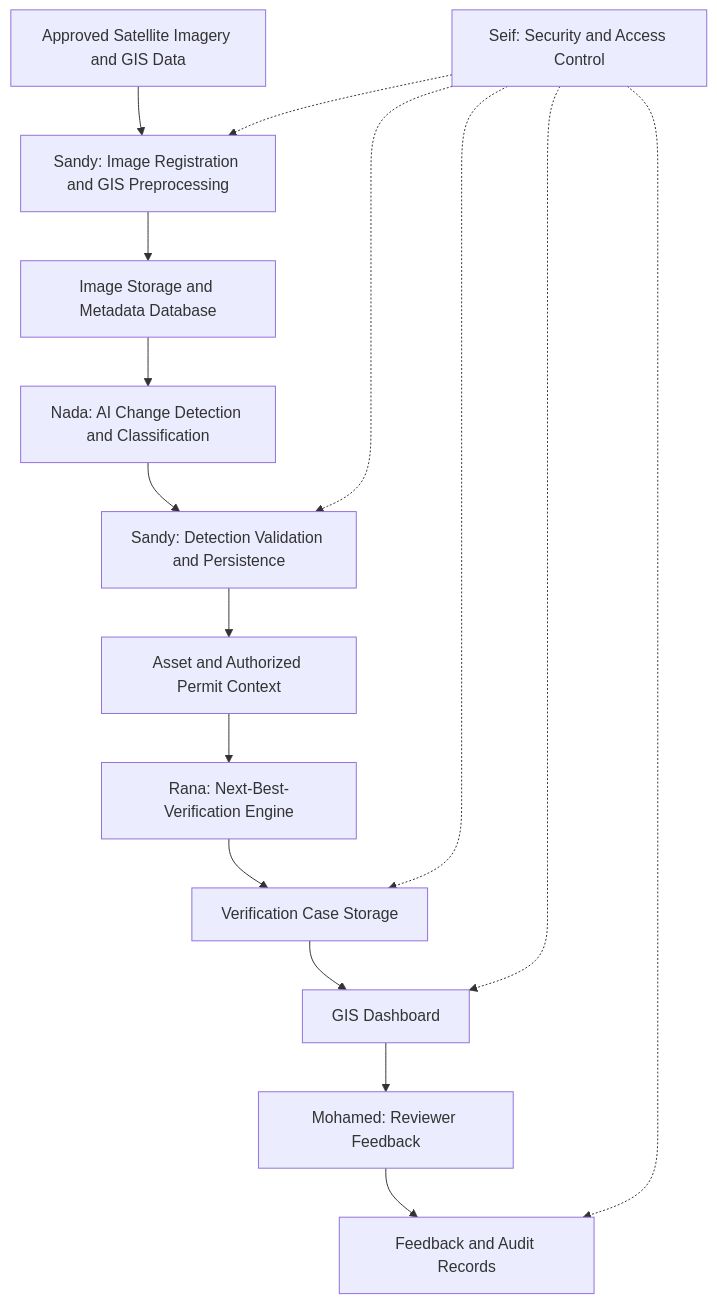
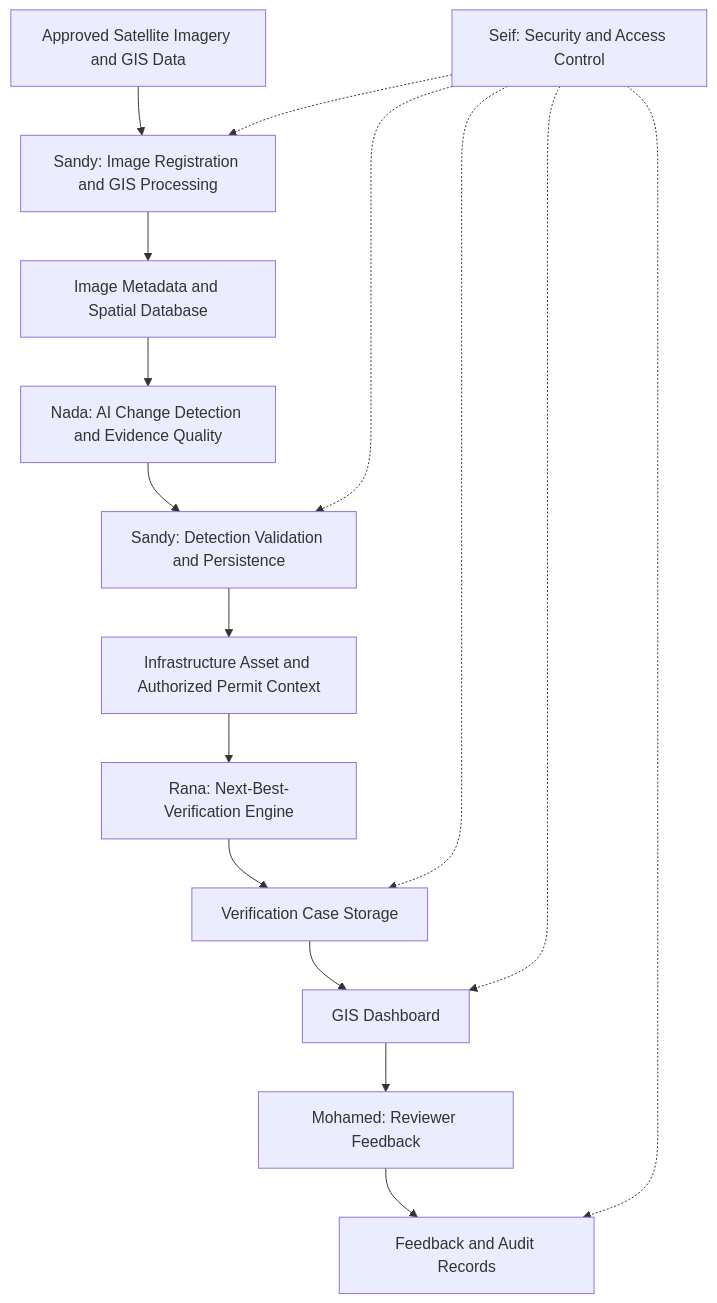
One commit to Sandy2797/Space-Based-Infrastructure-Intelligence-Platform changed the diagram in docs/architecture/data_flow.md. Above: the diagram before and after it, drawn with Mermaid. The commit also changed other lines of this file and 5 other files, not shown here.

````diff
--- a/docs/architecture/data_flow.md
+++ b/docs/architecture/data_flow.md
@@ -15,32 +8,32 @@
 ```mermaid
 flowchart TD
     A["Approved Satellite Imagery and GIS Data"]
-    B["Sandy: Image Registration and GIS Preprocessing"]
-    C["Image Storage and Metadata Database"]
-    D["Nada: AI Change Detection and Classification"]
+    B["Sandy: Image Registration and GIS Processing"]
+    C["Image Metadata and Spatial Database"]
+    D["Nada: AI Change Detection and Evidence Quality"]
     E["Sandy: Detection Validation and Persistence"]
-    F["Asset and Authorized Permit Context"]
+    F["Infrastructure Asset and Authorized Permit Context"]
     G["Rana: Next-Best-Verification Engine"]
     H["Verification Case Storage"]
     I["GIS Dashboard"]
     J["Mohamed: Reviewer Feedback"]
     K["Feedback and Audit Records"]
     L["Seif: Security and Access Control"]
 
     A --> B
     B --> C
     C --> D
     D --> E
     E --> F
     F --> G
     G --> H
     H --> I
     I --> J
     J --> K
 
     L -.-> B
     L -.-> E
     L -.-> H
     L -.-> I
     L -.-> K
 ```
````
